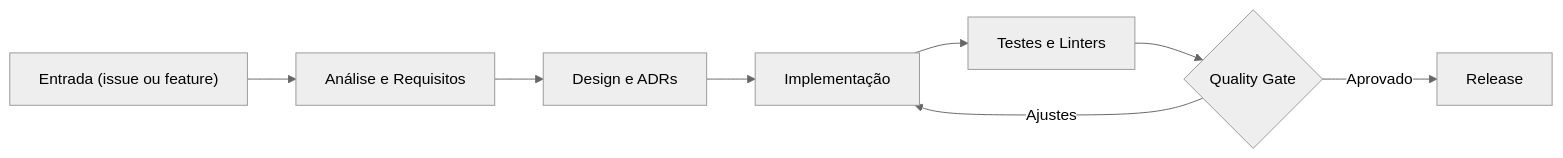
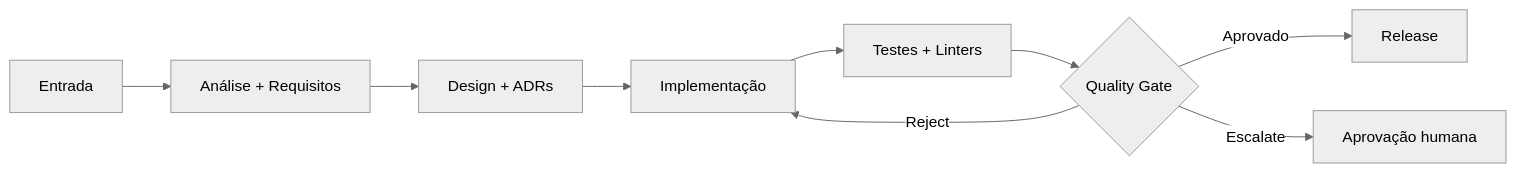
Before and after one commit to arbgjr/sdlc_agentico: the second of 2 diagrams in README.md, drawn with Mermaid (neutral theme). The commit also changed other lines of this file and 2 other files, not shown here.

````diff
--- a/README.md
+++ b/README.md
@@ -110,10 +74,11 @@
 ```mermaid
 flowchart LR
-  Start["Entrada (issue ou feature)"] --> Analyze["Análise e Requisitos"]
-  Analyze --> Design["Design e ADRs"]
+  Start["Entrada"] --> Analyze["Análise + Requisitos"]
+  Analyze --> Design["Design + ADRs"]
   Design --> Build["Implementação"]
-  Build --> Tests["Testes e Linters"]
+  Build --> Tests["Testes + Linters"]
   Tests --> Gate{"Quality Gate"}
-  Gate -->|"Aprovado"| Release["Release"]
-  Gate -->|"Ajustes"| Build
+  Gate -->|Aprovado| Release["Release"]
+  Gate -->|Escalate| Human["Aprovação humana"]
+  Gate -->|Reject| Build
 ```
````
